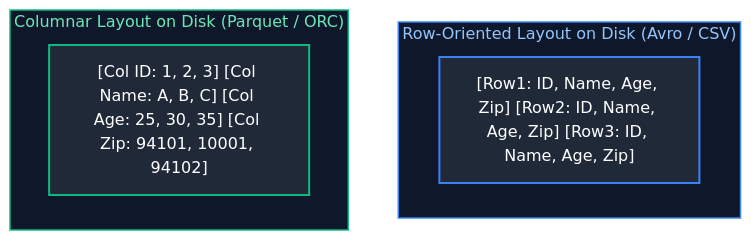
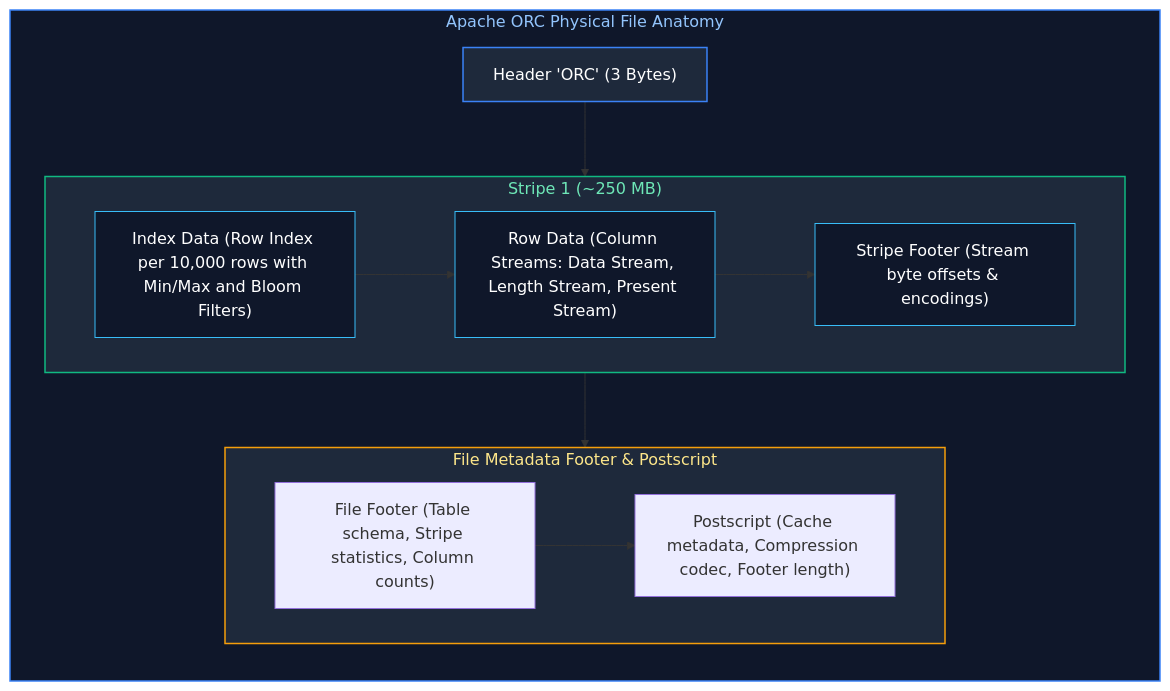
One commit to joydeep-biswas/Interview-Preparation changed the fifth of 11 diagrams in Data Engineering/07_file_formats_and_storage.md. Above: the diagram before and after it, drawn with Mermaid. The commit also changed other lines of this file and 143 other files, not shown here.

````diff
--- a/Data Engineering/07_file_formats_and_storage.md
+++ b/Data Engineering/07_file_formats_and_storage.md
@@ -301,16 +328,32 @@
 ```mermaid
 flowchart TD
-    subgraph RowLayout ["Row-Oriented Layout on Disk (Avro / CSV)"]
-        RDisk["[Row1: ID, Name, Age, Zip] [Row2: ID, Name, Age, Zip] [Row3: ID, Name, Age, Zip]"]
+    subgraph ORCPhysicalLayout ["Apache ORC Physical File Anatomy"]
+        direction TD
+        Header["Header 'ORC' (3 Bytes)"]
+        
+        subgraph Stripe1 ["Stripe 1 (~250 MB)"]
+            direction LR
+            IndexData["Index Data (Row Index per 10,000 rows with Min/Max and Bloom Filters)"]
+            RowData["Row Data (Column Streams: Data Stream, Length Stream, Present Stream)"]
+            StripeFooter["Stripe Footer (Stream byte offsets & encodings)"]
+            IndexData --> RowData --> StripeFooter
+        end
+
+        subgraph FileFooter ["File Metadata Footer & Postscript"]
+            direction LR
+            FileMeta["File Footer (Table schema, Stripe statistics, Column counts)"]
+            Postscript["Postscript (Cache metadata, Compression codec, Footer length)"]
+            FileMeta --> Postscript
+        end
+
+        Header --> Stripe1 --> FileFooter
     end
 
-    subgraph ColLayout ["Columnar Layout on Disk (Parquet / ORC)"]
-        CDisk["[Col ID: 1, 2, 3] [Col Name: A, B, C] [Col Age: 25, 30, 35] [Col Zip: 94101, 10001, 94102]"]
-    end
-
-    style RowLayout fill:#0f172a,stroke:#3b82f6,stroke-width:1.5px,color:#93c5fd
-    style ColLayout fill:#0f172a,stroke:#10b981,stroke-width:1.5px,color:#6ee7b7
-
-    style RDisk fill:#1f2937,stroke:#3b82f6,stroke-width:2px,color:#fff
-    style CDisk fill:#1f2937,stroke:#10b981,stroke-width:2px,color:#fff
+    style ORCPhysicalLayout fill:#0f172a,stroke:#3b82f6,stroke-width:1.5px,color:#93c5fd
+    style Header fill:#1e293b,stroke:#3b82f6,stroke-width:1.5px,color:#fff
+    style Stripe1 fill:#1e293b,stroke:#10b981,stroke-width:1.5px,color:#6ee7b7
+    style FileFooter fill:#1e293b,stroke:#f59e0b,stroke-width:1.5px,color:#fde68a
+    style IndexData fill:#0f172a,stroke:#38bdf8,stroke-width:1px,color:#fff
+    style RowData fill:#0f172a,stroke:#38bdf8,stroke-width:1px,color:#fff
+    style StripeFooter fill:#0f172a,stroke:#38bdf8,stroke-width:1px,color:#fff
 ```
````
